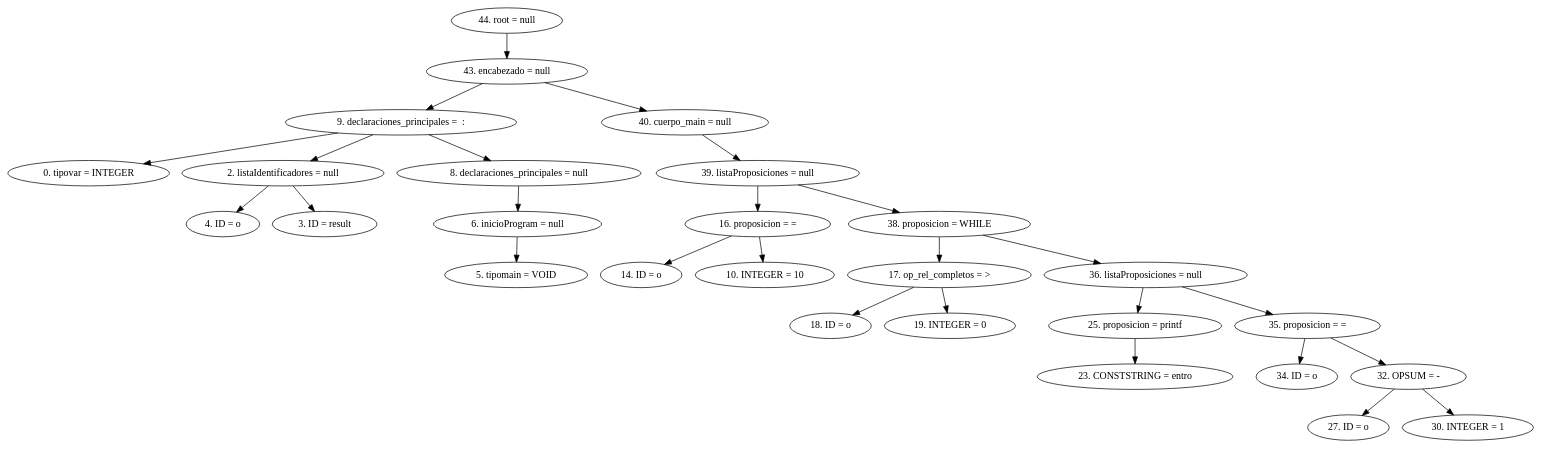
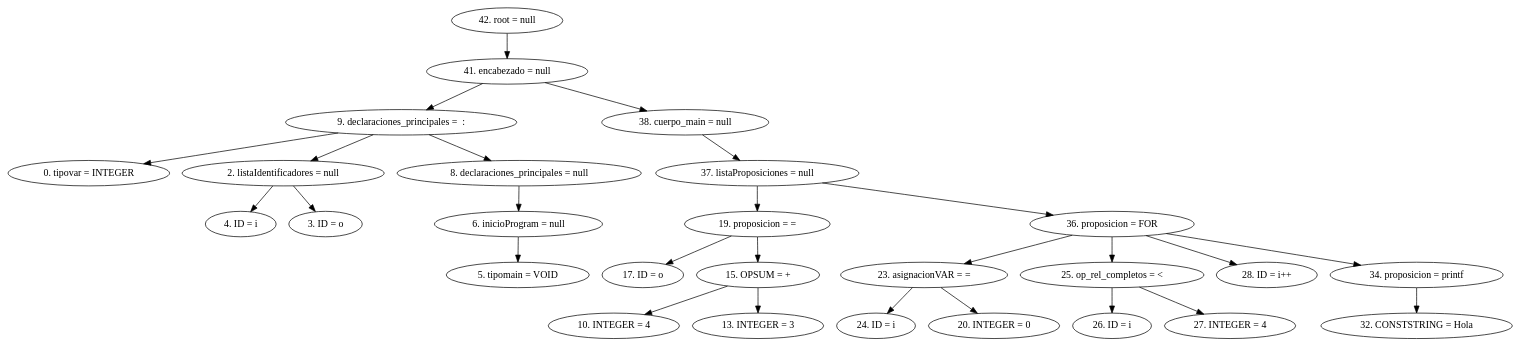
Before and after one commit to Luigy08/mini-c: the diagram in src/AST.dot, drawn with Graphviz. The commit also changed 4 other files, not shown here.

```diff
--- a/src/AST.dot
+++ b/src/AST.dot
@@ -1,30 +1,30 @@
 digraph G {
-"44. root = null"->"43. encabezado = null"
-"43. encabezado = null"->"9. declaraciones_principales =  : "
+"42. root = null"->"41. encabezado = null"
+"41. encabezado = null"->"9. declaraciones_principales =  : "
 "9. declaraciones_principales =  : "->"0. tipovar = INTEGER"
 "9. declaraciones_principales =  : "->"2. listaIdentificadores = null"
-"2. listaIdentificadores = null"->"4. ID = o"
-"2. listaIdentificadores = null"->"3. ID = result"
+"2. listaIdentificadores = null"->"4. ID = i"
+"2. listaIdentificadores = null"->"3. ID = o"
 "9. declaraciones_principales =  : "->"8. declaraciones_principales = null"
 "8. declaraciones_principales = null"->"6. inicioProgram = null"
 "6. inicioProgram = null"->"5. tipomain = VOID"
-"43. encabezado = null"->"40. cuerpo_main = null"
-"40. cuerpo_main = null"->"39. listaProposiciones = null"
-"39. listaProposiciones = null"->"16. proposicion = ="
-"16. proposicion = ="->"14. ID = o"
-"16. proposicion = ="->"10. INTEGER = 10"
-"39. listaProposiciones = null"->"38. proposicion = WHILE"
-"38. proposicion = WHILE"->"17. op_rel_completos = >"
-"17. op_rel_completos = >"->"18. ID = o"
-"17. op_rel_completos = >"->"19. INTEGER = 0"
-"38. proposicion = WHILE"->"36. listaProposiciones = null"
-"36. listaProposiciones = null"->"25. proposicion = printf"
-"25. proposicion = printf"->"23. CONSTSTRING = entro"
-"36. listaProposiciones = null"->"35. proposicion = ="
-"35. proposicion = ="->"34. ID = o"
-"35. proposicion = ="->"32. OPSUM = -"
-"32. OPSUM = -"->"27. ID = o"
-"32. OPSUM = -"->"30. INTEGER = 1"
+"41. encabezado = null"->"38. cuerpo_main = null"
+"38. cuerpo_main = null"->"37. listaProposiciones = null"
+"37. listaProposiciones = null"->"19. proposicion = ="
+"19. proposicion = ="->"17. ID = o"
+"19. proposicion = ="->"15. OPSUM = +"
+"15. OPSUM = +"->"10. INTEGER = 4"
+"15. OPSUM = +"->"13. INTEGER = 3"
+"37. listaProposiciones = null"->"36. proposicion = FOR"
+"36. proposicion = FOR"->"23. asignacionVAR = ="
+"23. asignacionVAR = ="->"24. ID = i"
+"23. asignacionVAR = ="->"20. INTEGER = 0"
+"36. proposicion = FOR"->"25. op_rel_completos = <"
+"25. op_rel_completos = <"->"26. ID = i"
+"25. op_rel_completos = <"->"27. INTEGER = 4"
+"36. proposicion = FOR"->"28. ID = i++"
+"36. proposicion = FOR"->"34. proposicion = printf"
+"34. proposicion = printf"->"32. CONSTSTRING = Hola"
 
 
 }
```
